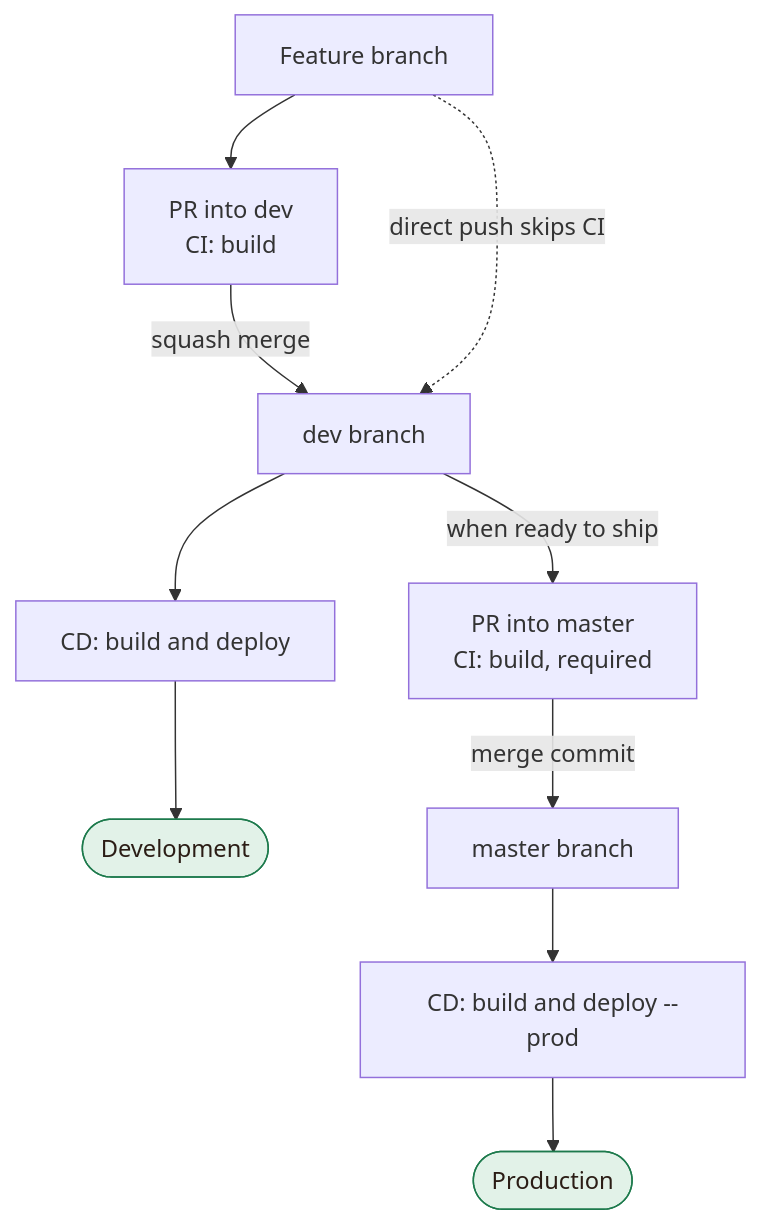
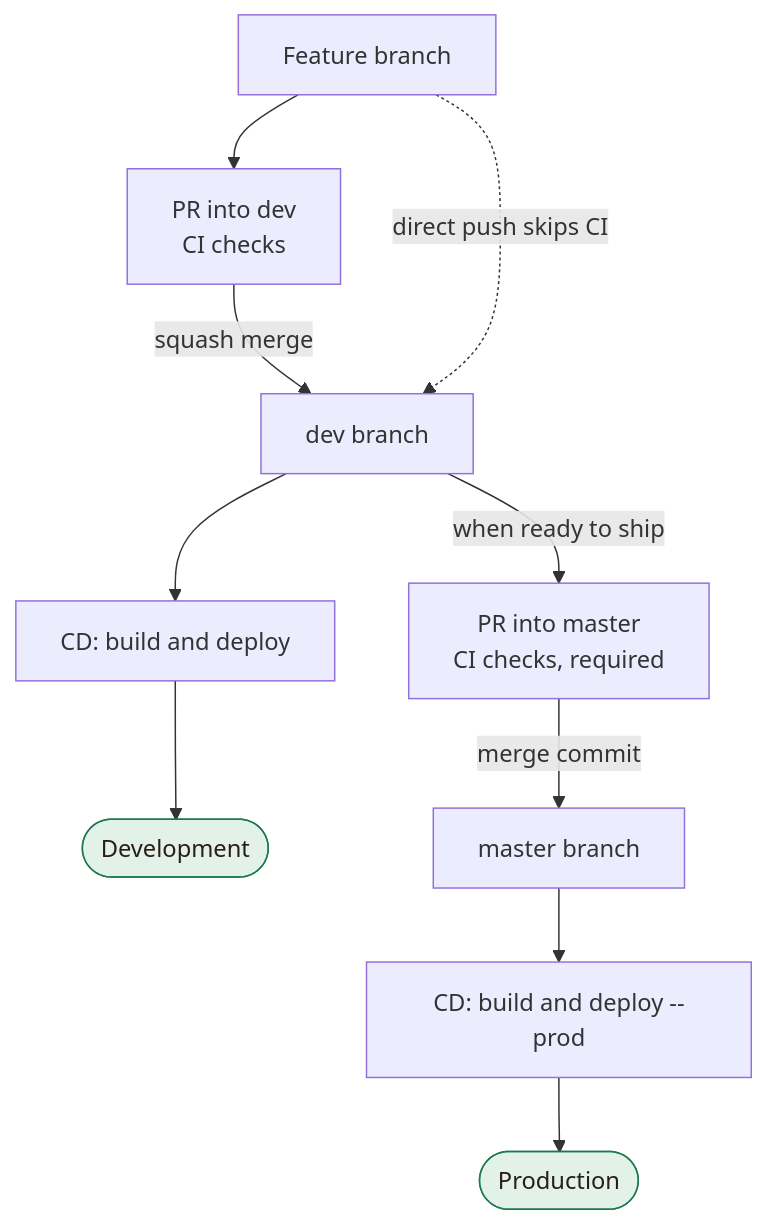
Before and after one commit to tanvinhnguyen2504/recommendations-fe: the first of 3 diagrams in src/docs/05-ci-cd-workflow.md, drawn with Mermaid. The commit also changed other lines of this file and 3 other files, not shown here.

````diff
--- a/src/docs/05-ci-cd-workflow.md
+++ b/src/docs/05-ci-cd-workflow.md
@@ -21,16 +21,16 @@
 ```mermaid
 graph TD
-    Feature[Feature branch] --> PRDev["PR into dev<br/>CI: build"]
+    Feature[Feature branch] --> PRDev["PR into dev<br/>CI checks"]
     PRDev -->|squash merge| Dev[dev branch]
     Feature -.->|direct push skips CI| Dev
     Dev --> CDDev["CD: build and deploy"]
     CDDev --> Development([Development])
 
-    Dev -->|when ready to ship| PRMaster["PR into master<br/>CI: build, required"]
+    Dev -->|when ready to ship| PRMaster["PR into master<br/>CI checks, required"]
     PRMaster -->|merge commit| Master[master branch]
     Master --> CDProd["CD: build and deploy --prod"]
     CDProd --> Production([Production])
 
     classDef live fill:#E2F2E8,stroke:#1D7A4C,color:#2B1D15
     class Development,Production live
 ```
````
